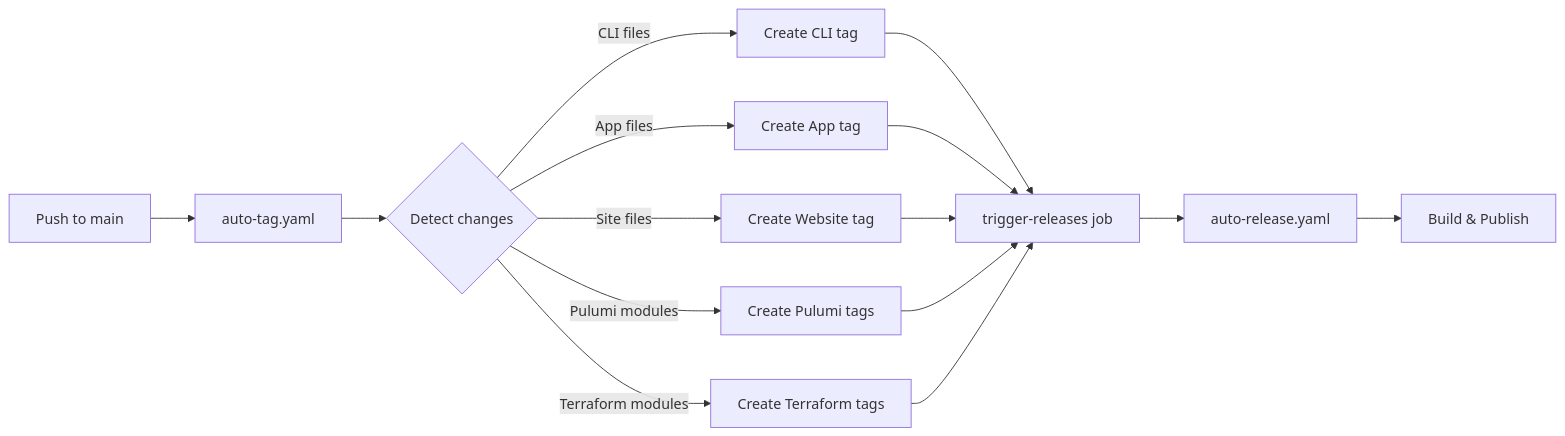
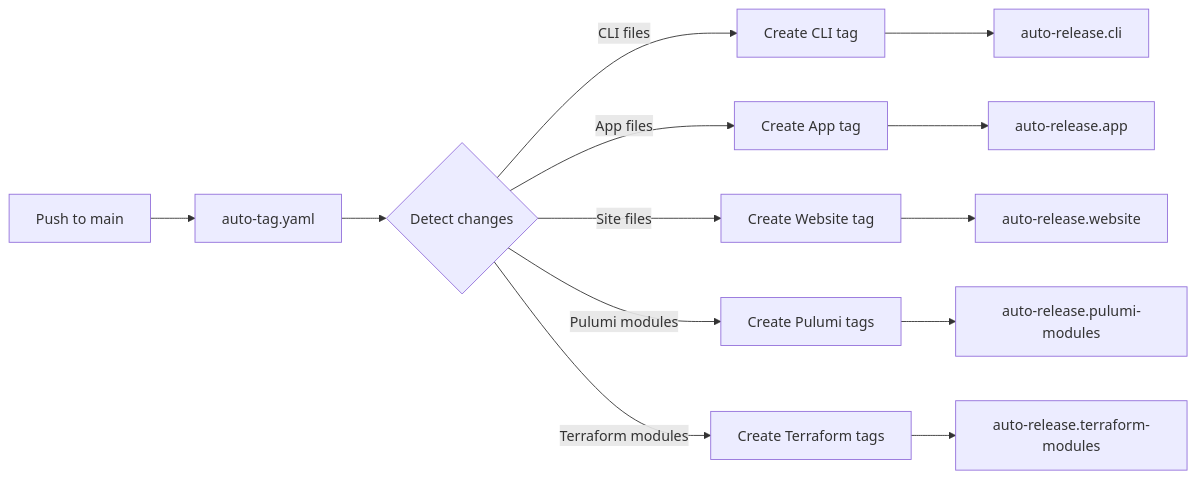
The first of 2 diagrams in .github/workflows/docs/auto-tags.md (project-planton/project-planton), drawn with Mermaid before and after one commit. The commit also changed other lines of this file and 8 other files, not shown here.

First line of the commit message:
refactor(ci): replace auto-release orchestrator with direct workflow dispatch

````diff
--- a/.github/workflows/docs/auto-tags.md
+++ b/.github/workflows/docs/auto-tags.md
@@ -11,13 +11,15 @@
 ```mermaid
 flowchart LR
     A[Push to main] --> B[auto-tag.yaml]
     B --> C{Detect changes}
     C -->|CLI files| D[Create CLI tag]
     C -->|App files| E[Create App tag]
     C -->|Site files| F[Create Website tag]
     C -->|Pulumi modules| G[Create Pulumi tags]
     C -->|Terraform modules| H[Create Terraform tags]
-    D & E & F & G & H --> I[trigger-releases job]
-    I --> J[auto-release.yaml]
-    J --> K[Build & Publish]
+    D --> I[auto-release.cli]
+    E --> J[auto-release.app]
+    F --> K[auto-release.website]
+    G --> L[auto-release.pulumi-modules]
+    H --> M[auto-release.terraform-modules]
 ```
````
